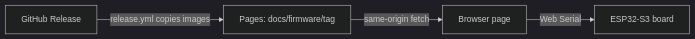
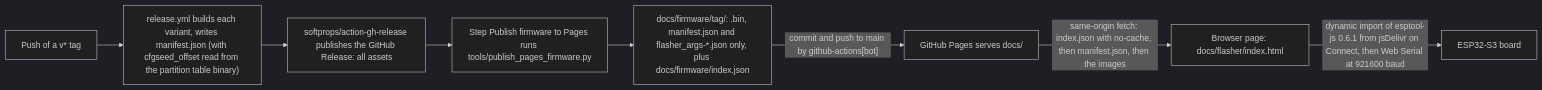
One commit to GlomarGadaffi/pocket-dial changed the first of 2 diagrams in docs/flasher/README.md. Above: the diagram before and after it, drawn with Mermaid (dark theme). The commit also changed other lines of this file and 29 other files, not shown here.

First line of the commit message:
docs: make the Mermaid diagrams exact against main (#1105)

````diff
--- a/docs/flasher/README.md
+++ b/docs/flasher/README.md
@@ -20,6 +20,10 @@
 ```mermaid
 flowchart LR
-    R["GitHub Release"] -->|"release.yml copies images"| P["Pages: docs/firmware/tag"]
-    P -->|"same-origin fetch"| B["Browser page"]
-    B -->|"Web Serial"| D["ESP32-S3 board"]
+    T["Push of a v* tag"] --> W["release.yml builds each variant, writes manifest.json (with cfgseed_offset read from the partition table binary)"]
+    W --> R["softprops/action-gh-release publishes the GitHub Release: all assets"]
+    R --> PP["Step Publish firmware to Pages runs tools/publish_pages_firmware.py"]
+    PP --> F["docs/firmware/tag/: .bin, manifest.json and flasher_args-*.json only, plus docs/firmware/index.json"]
+    F -->|"commit and push to main by github-actions[bot]"| P["GitHub Pages serves docs/"]
+    P -->|"same-origin fetch: index.json with no-cache, then manifest.json, then the images"| B["Browser page: docs/flasher/index.html"]
+    B -->|"dynamic import of esptool-js 0.6.1 from jsDelivr on Connect, then Web Serial at 921600 baud"| D["ESP32-S3 board"]
 ```
````
